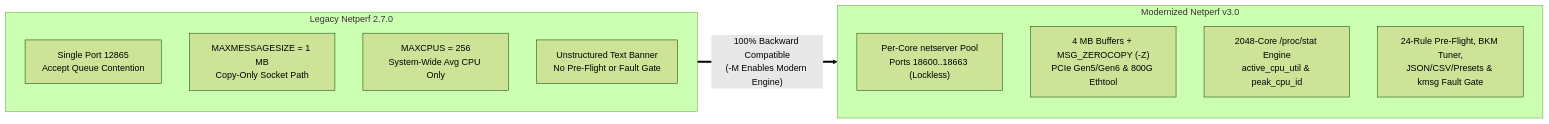
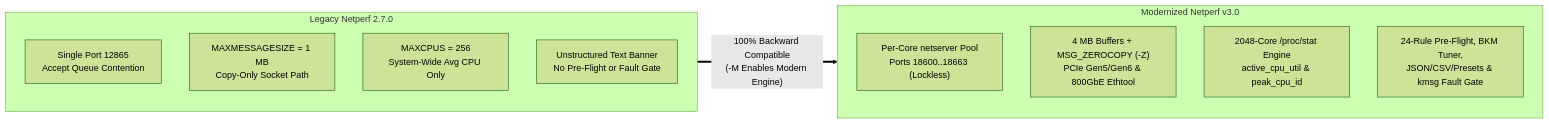
Before and after one commit to thehevy/netperf_copilot: the diagram in dev/docs/EXECUTIVE_SUMMARY.md, drawn with Mermaid (forest theme). The commit also changed other lines of this file and 24 other files, not shown here.

````diff
--- a/dev/docs/EXECUTIVE_SUMMARY.md
+++ b/dev/docs/EXECUTIVE_SUMMARY.md
@@ -40,18 +40,18 @@
 ```mermaid
 flowchart LR
     subgraph Legacy["Legacy Netperf 2.7.0"]
         L1["Single Port 12865\nAccept Queue Contention"]
         L2["MAXMESSAGESIZE = 1 MB\nCopy-Only Socket Path"]
         L3["MAXCPUS = 256\nSystem-Wide Avg CPU Only"]
         L4["Unstructured Text Banner\nNo Pre-Flight or Fault Gate"]
     end
 
     subgraph Modern["Modernized Netperf v3.0"]
         M1["Per-Core netserver Pool\nPorts 18600..18663 (Lockless)"]
-        M2["4 MB Buffers + MSG_ZEROCOPY (-Z)\nPCIe Gen5/Gen6 & 800G Ethtool"]
+        M2["4 MB Buffers + MSG_ZEROCOPY (-Z)\nPCIe Gen5/Gen6 & 800GbE Ethtool"]
         M3["2048-Core /proc/stat Engine\nactive_cpu_util & peak_cpu_id"]
         M4["24-Rule Pre-Flight, BKM Tuner,\nJSON/CSV/Presets & kmsg Fault Gate"]
     end
 
     Legacy ==>|"100% Backward Compatible\n(-M Enables Modern Engine)"| Modern
 ```
````
